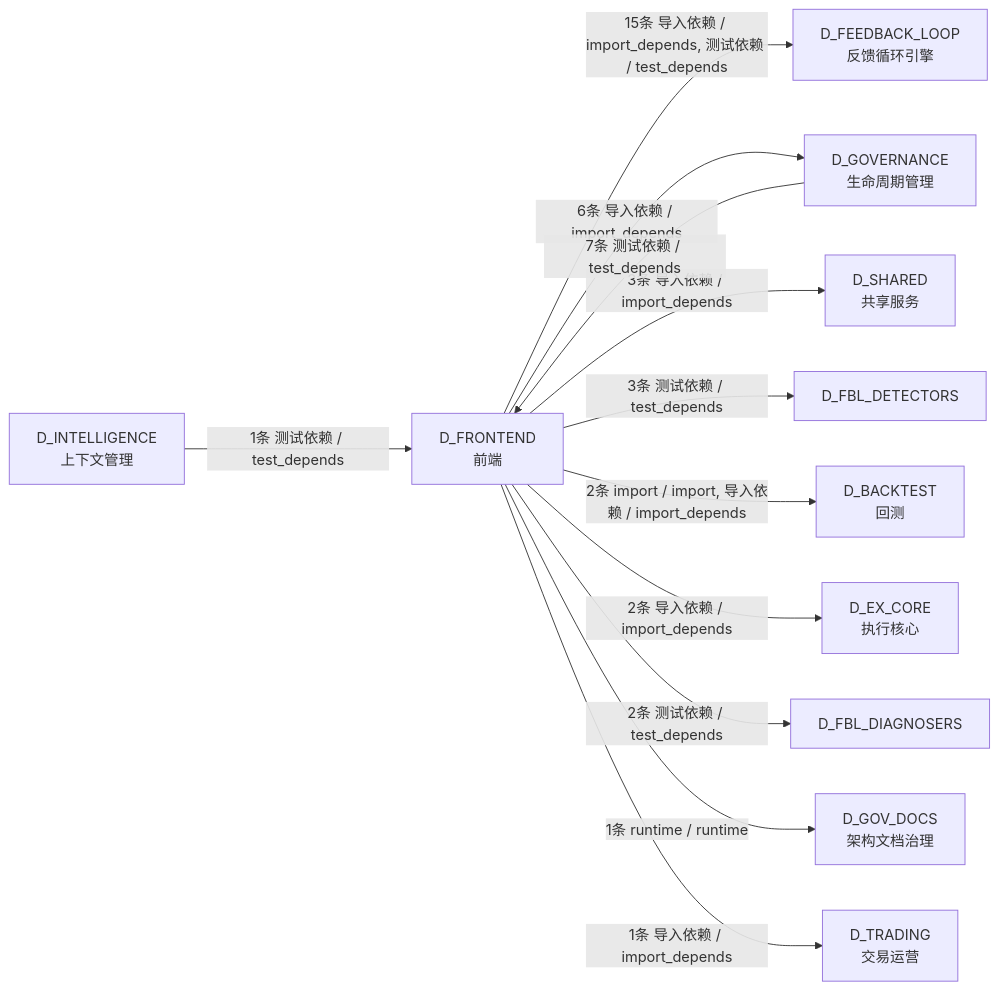
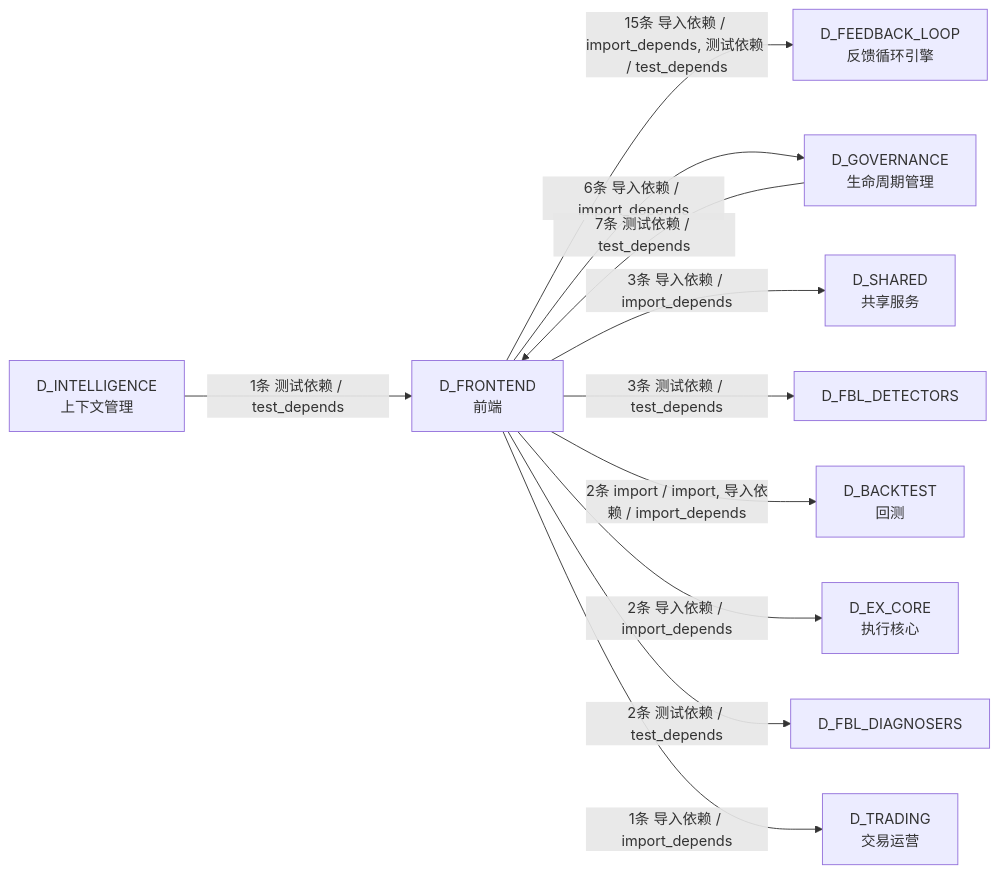
The sixth of 6 diagrams in docs/02_enterprise_architecture/02_domain_architecture_docs/15_d_frontend.md (xuanFelixVan/ZephyrAlpha), drawn with Mermaid before and after one commit. The commit also changed other lines of this file and 28 other files, not shown here.

First line of the commit message:
chore: commit reconciler-regenerated domain architecture docs

````diff
--- a/docs/02_enterprise_architecture/02_domain_architecture_docs/15_d_frontend.md
+++ b/docs/02_enterprise_architecture/02_domain_architecture_docs/15_d_frontend.md
@@ -506,25 +503,23 @@
 ```mermaid
 graph LR
     D_FRONTEND["D_FRONTEND<br/>前端"]
     D_FEEDBACK_LOOP["D_FEEDBACK_LOOP<br/>反馈循环引擎"]
     D_GOVERNANCE["D_GOVERNANCE<br/>生命周期管理"]
     D_SHARED["D_SHARED<br/>共享服务"]
     D_FBL_DETECTORS["D_FBL_DETECTORS"]
     D_BACKTEST["D_BACKTEST<br/>回测"]
     D_EX_CORE["D_EX_CORE<br/>执行核心"]
     D_FBL_DIAGNOSERS["D_FBL_DIAGNOSERS"]
-    D_GOV_DOCS["D_GOV_DOCS<br/>架构文档治理"]
     D_TRADING["D_TRADING<br/>交易运营"]
     D_INTELLIGENCE["D_INTELLIGENCE<br/>上下文管理"]
     D_FRONTEND -->|15条 导入依赖 / import_depends, 测试依赖 / test_depends| D_FEEDBACK_LOOP
     D_FRONTEND -->|6条 导入依赖 / import_depends| D_GOVERNANCE
     D_FRONTEND -->|3条 导入依赖 / import_depends| D_SHARED
     D_FRONTEND -->|3条 测试依赖 / test_depends| D_FBL_DETECTORS
     D_FRONTEND -->|2条 import / import, 导入依赖 / import_depends| D_BACKTEST
     D_FRONTEND -->|2条 导入依赖 / import_depends| D_EX_CORE
     D_FRONTEND -->|2条 测试依赖 / test_depends| D_FBL_DIAGNOSERS
-    D_FRONTEND -->|1条 runtime / runtime| D_GOV_DOCS
     D_FRONTEND -->|1条 导入依赖 / import_depends| D_TRADING
     D_GOVERNANCE -->|7条 测试依赖 / test_depends| D_FRONTEND
     D_INTELLIGENCE -->|1条 测试依赖 / test_depends| D_FRONTEND
 ```
````
